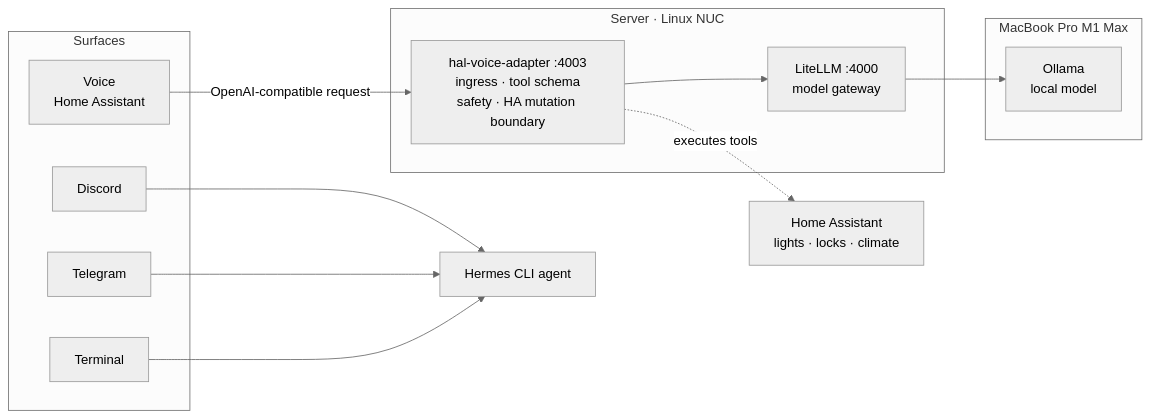
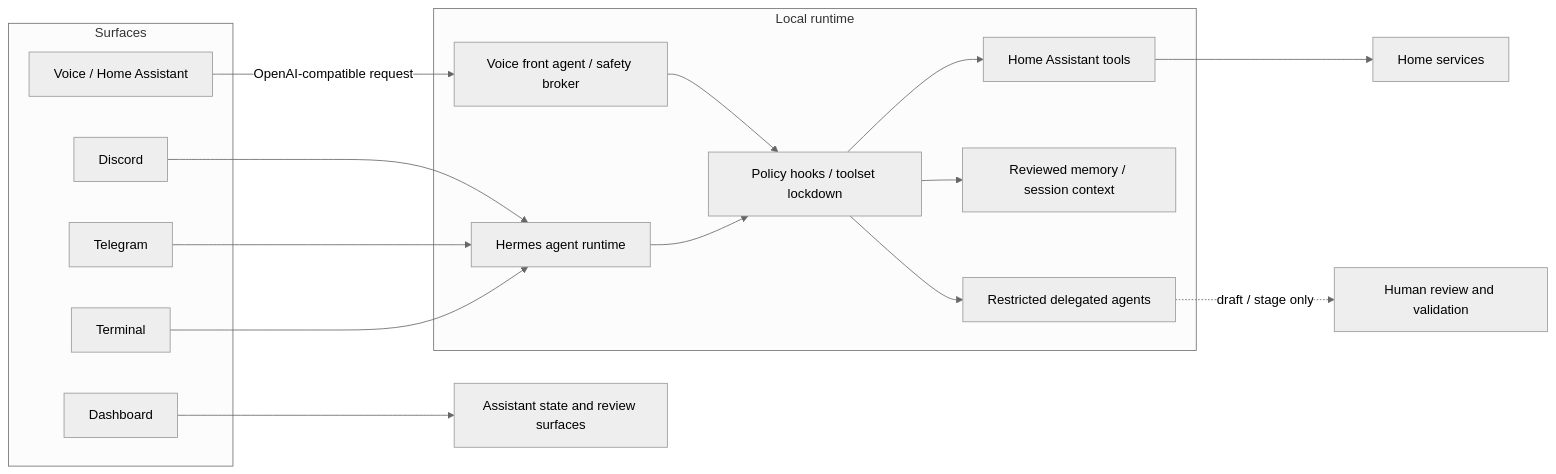
Before and after one commit to michaelcrawford1-ai/HAL-AI-Assistant: the first of 2 diagrams in README.md, drawn with Mermaid (neutral theme). The commit also changed other lines of this file, not shown here.

Commit message:
docs(portfolio): refresh public HAL summary for Hermes convergence

````diff
--- a/README.md
+++ b/README.md
@@ -53,28 +58,27 @@
 ```mermaid
 graph LR
     subgraph Surfaces
-        V[Voice<br/>Home Assistant]
+        V[Voice / Home Assistant]
         D[Discord]
         T[Telegram]
         Term[Terminal]
+        UI[Dashboard]
     end
 
-    V -->|OpenAI-compatible request| ADP
+    V -->|OpenAI-compatible request| Front[Voice front agent / safety broker]
+    D --> Hermes[Hermes agent runtime]
+    T --> Hermes
+    Term --> Hermes
+    UI --> State[Assistant state and review surfaces]
 
-    subgraph Server["Server · Linux NUC"]
-        ADP[hal-voice-adapter :4003<br/>ingress · tool schema<br/>safety · HA mutation boundary]
-        LLM[LiteLLM :4000<br/>model gateway]
-        ADP --> LLM
+    subgraph Runtime[Local runtime]
+        Front --> Hooks[Policy hooks / toolset lockdown]
+        Hermes --> Hooks
+        Hooks --> HA[Home Assistant tools]
+        Hooks --> Mem[Reviewed memory / session context]
+        Hooks --> Delegate[Restricted delegated agents]
     end
 
-    subgraph Mac["MacBook Pro M1 Max"]
-        OLL[Ollama<br/>local model]
-    end
-
-    LLM --> OLL
-    ADP -.executes tools.-> HASS[Home Assistant<br/>lights · locks · climate]
-
-    D --> HER[Hermes CLI agent]
-    T --> HER
-    Term --> HER
+    HA --> Home[Home services]
+    Delegate -.draft / stage only.-> Review[Human review and validation]
 ```
````
